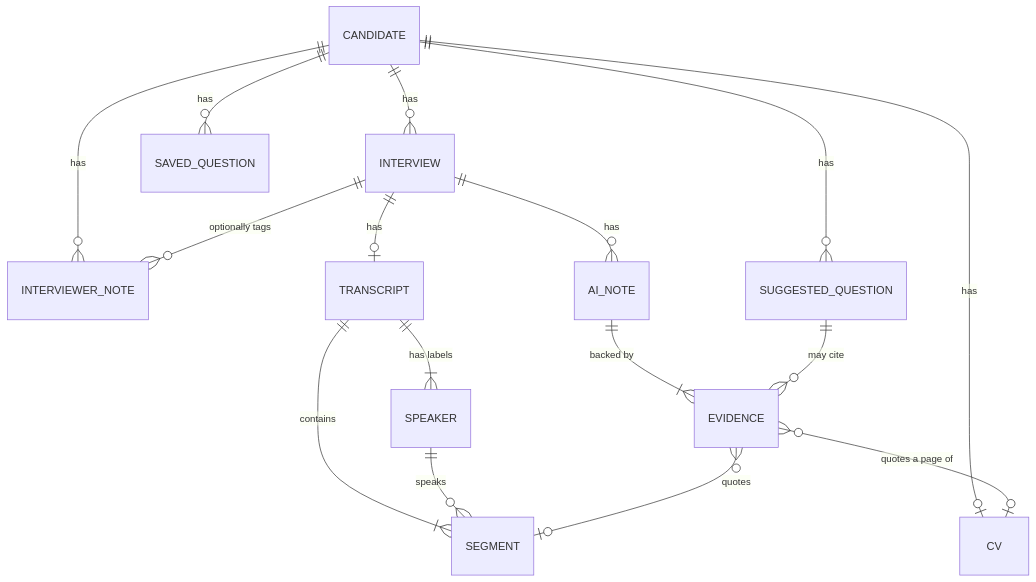
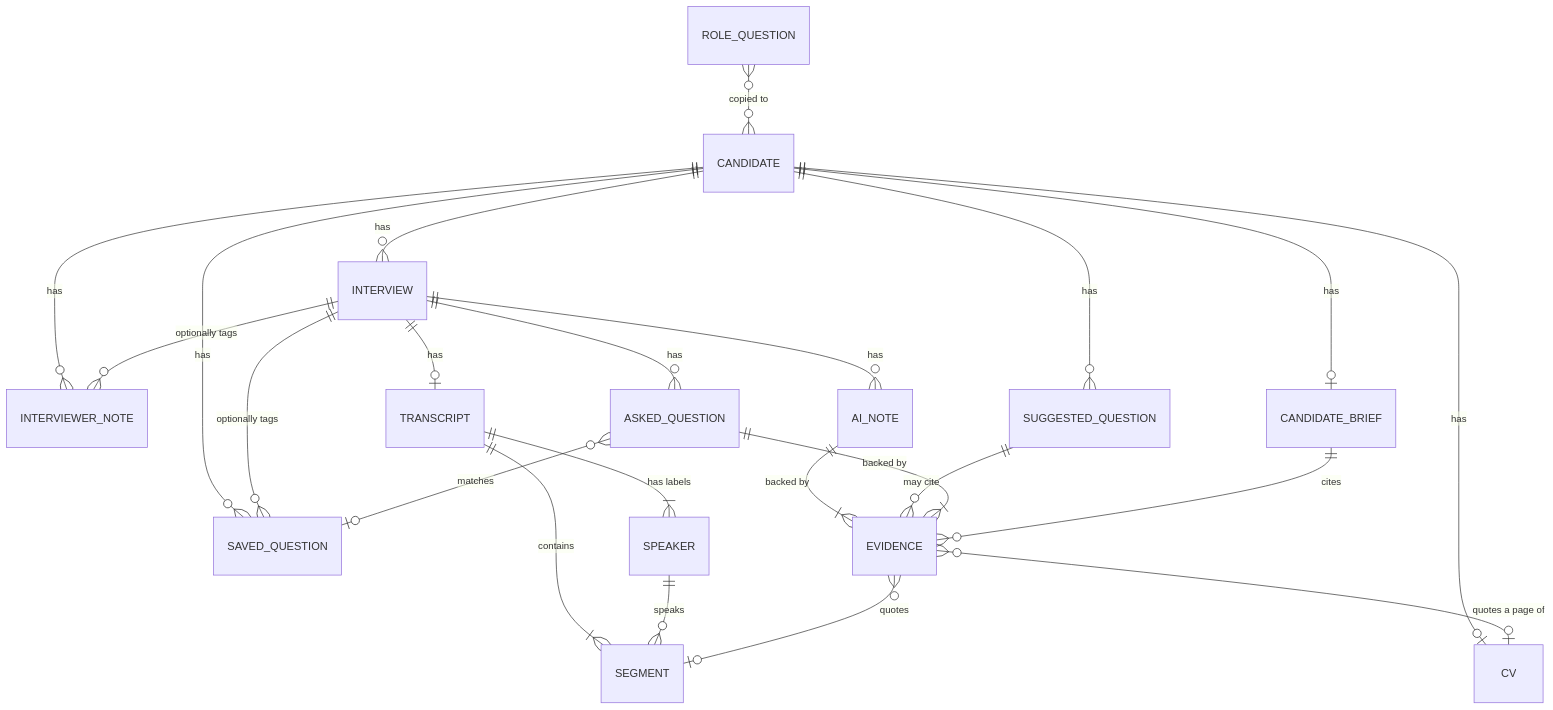
The second of 2 diagrams in docs/architecture.md (GDenizKaratas/interview-companion), drawn with Mermaid before and after one commit. The commit also changed other lines of this file and 9 other files, not shown here.

````diff
--- a/docs/architecture.md
+++ b/docs/architecture.md
@@ -58,18 +58,25 @@
 ```mermaid
 erDiagram
     CANDIDATE ||--o| CV : has
     CANDIDATE ||--o{ INTERVIEW : has
     CANDIDATE ||--o{ INTERVIEWER_NOTE : has
     CANDIDATE ||--o{ SAVED_QUESTION : has
     CANDIDATE ||--o{ SUGGESTED_QUESTION : has
+    CANDIDATE ||--o| CANDIDATE_BRIEF : has
+    ROLE_QUESTION }o--o{ CANDIDATE : "copied to"
     INTERVIEW ||--o| TRANSCRIPT : has
     INTERVIEW ||--o{ INTERVIEWER_NOTE : "optionally tags"
+    INTERVIEW ||--o{ SAVED_QUESTION : "optionally tags"
     TRANSCRIPT ||--|{ SEGMENT : contains
     TRANSCRIPT ||--|{ SPEAKER : "has labels"
     SPEAKER ||--o{ SEGMENT : speaks
     INTERVIEW ||--o{ AI_NOTE : has
+    INTERVIEW ||--o{ ASKED_QUESTION : has
+    ASKED_QUESTION }o--o| SAVED_QUESTION : "matches"
     AI_NOTE ||--|{ EVIDENCE : "backed by"
     SUGGESTED_QUESTION ||--o{ EVIDENCE : "may cite"
+    ASKED_QUESTION ||--|{ EVIDENCE : "backed by"
+    CANDIDATE_BRIEF ||--o{ EVIDENCE : "cites"
     EVIDENCE }o--o| SEGMENT : "quotes"
     EVIDENCE }o--o| CV : "quotes a page of"
 ```
````
